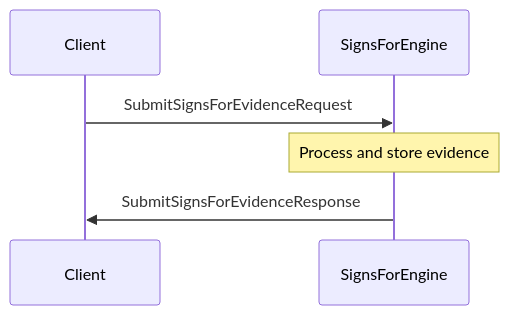
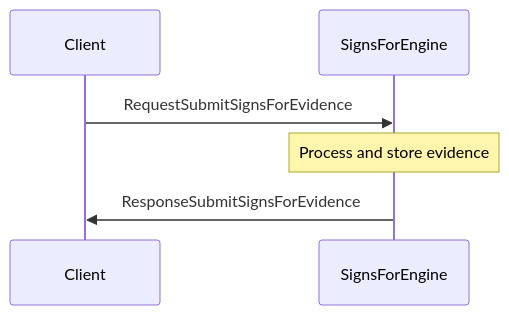
One commit to anoma/nspec changed the first of 3 diagrams in docs/arch/node/engines/signs_for_messages.juvix.md. Above: the diagram before and after it, drawn with Mermaid. The commit also changed other lines of this file and 7 other files, not shown here.

````diff
--- a/docs/arch/node/engines/signs_for_messages.juvix.md
+++ b/docs/arch/node/engines/signs_for_messages.juvix.md
@@ -147,9 +143,9 @@
 ```mermaid
 sequenceDiagram
     participant Client
     participant SignsForEngine
 
-    Client->>SignsForEngine: SubmitSignsForEvidenceRequest
+    Client->>SignsForEngine: RequestSubmitSignsForEvidence
     Note over SignsForEngine: Process and store evidence
-    SignsForEngine->>Client: SubmitSignsForEvidenceResponse
+    SignsForEngine->>Client: ResponseSubmitSignsForEvidence
 ```
````
